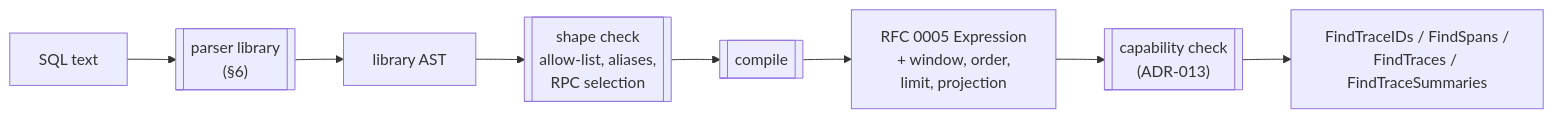
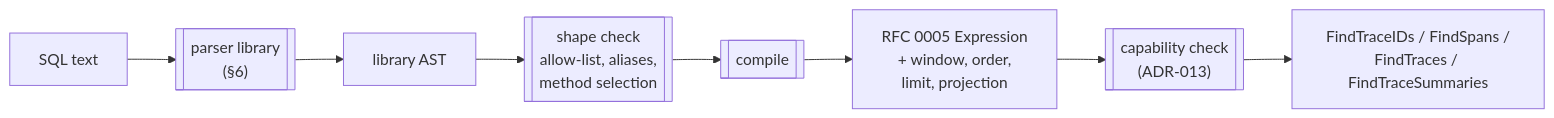
Before and after one commit to jaegertracing/jaeger: the diagram in docs/rfc/0019-sql-query-surface.md, drawn with Mermaid. The commit also changed other lines of this file and 3 other files, not shown here.

First line of the commit message:
docs(query): Say query service method, not RPC, for what SQL compiles to

````diff
--- a/docs/rfc/0019-sql-query-surface.md
+++ b/docs/rfc/0019-sql-query-surface.md
@@ -160,10 +160,10 @@
 ```mermaid
 flowchart LR
     sql["SQL text"] --> parse[["parser library<br/>(§6)"]]
     parse --> ast["library AST"]
-    ast --> shape[["shape check<br/>allow-list, aliases,<br/>RPC selection"]]
+    ast --> shape[["shape check<br/>allow-list, aliases,<br/>method selection"]]
     shape --> compile[["compile"]]
     compile --> expr["RFC 0005 Expression<br/>+ window, order,<br/>limit, projection"]
     expr --> caps[["capability check<br/>(ADR-013)"]]
     caps --> rpc["FindTraceIDs / FindSpans /<br/>FindTraces / FindTraceSummaries"]
 ```
````
